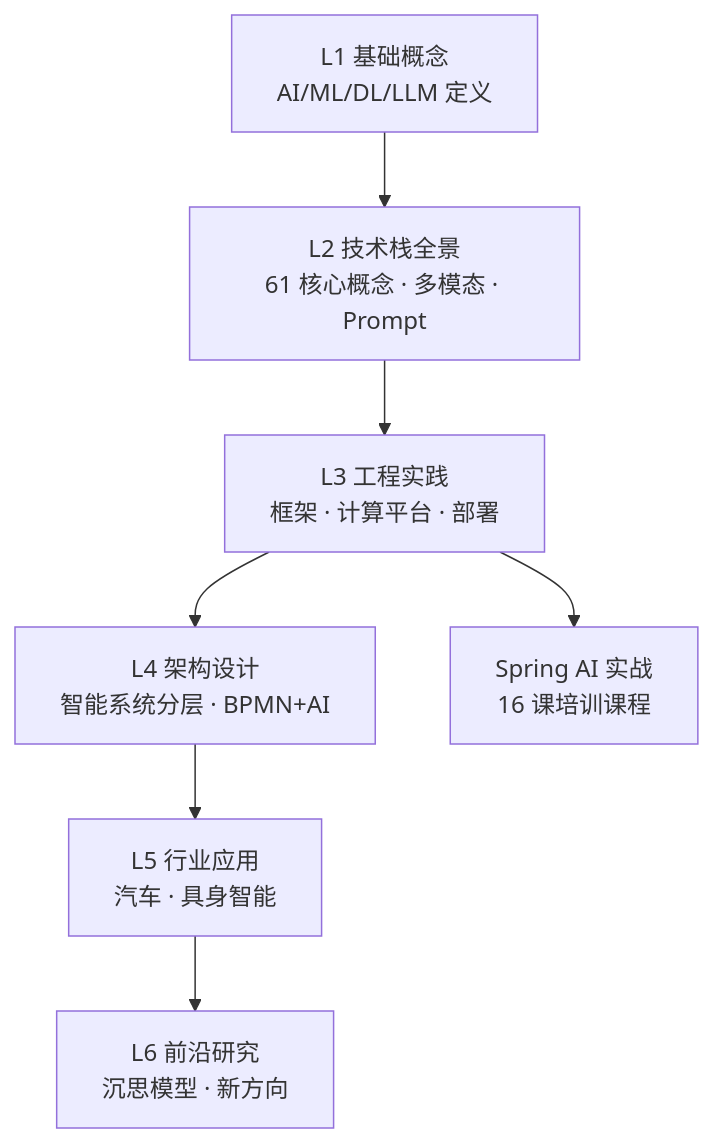
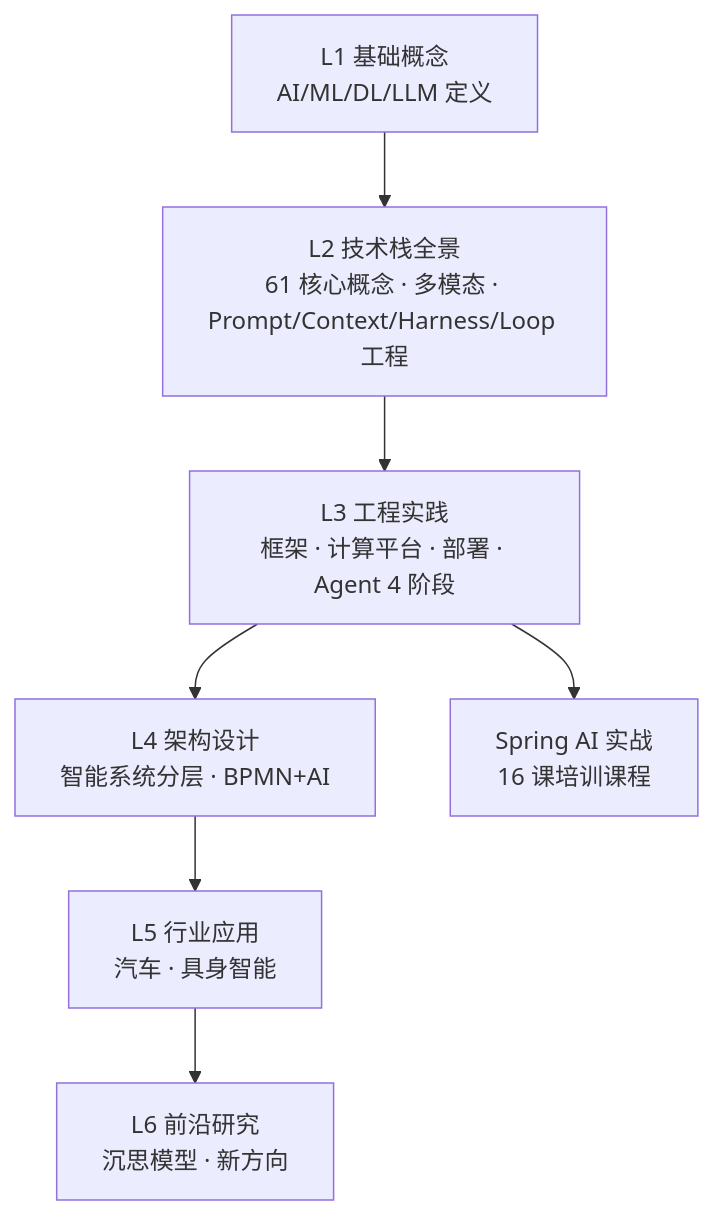
Before and after one commit to wb04307201/wb04307201: the diagram in note/11.ai/README.md, drawn with Mermaid. The commit also changed other lines of this file and 34 other files, not shown here.

````diff
--- a/note/11.ai/README.md
+++ b/note/11.ai/README.md
@@ -23,9 +23,9 @@
 ```mermaid
 graph TD
-    L1["L1 基础概念<br/>AI/ML/DL/LLM 定义"] --> L2["L2 技术栈全景<br/>61 核心概念 · 多模态 · Prompt"]
-    L2 --> L3["L3 工程实践<br/>框架 · 计算平台 · 部署"]
+    L1["L1 基础概念<br/>AI/ML/DL/LLM 定义"] --> L2["L2 技术栈全景<br/>61 核心概念 · 多模态 · Prompt/Context/Harness/Loop 工程"]
+    L2 --> L3["L3 工程实践<br/>框架 · 计算平台 · 部署 · Agent 4 阶段"]
     L3 --> L4["L4 架构设计<br/>智能系统分层 · BPMN+AI"]
     L4 --> L5["L5 行业应用<br/>汽车 · 具身智能"]
     L5 --> L6["L6 前沿研究<br/>沉思模型 · 新方向"]
     L3 --> Training["Spring AI 实战<br/>16 课培训课程"]
 ```
````
